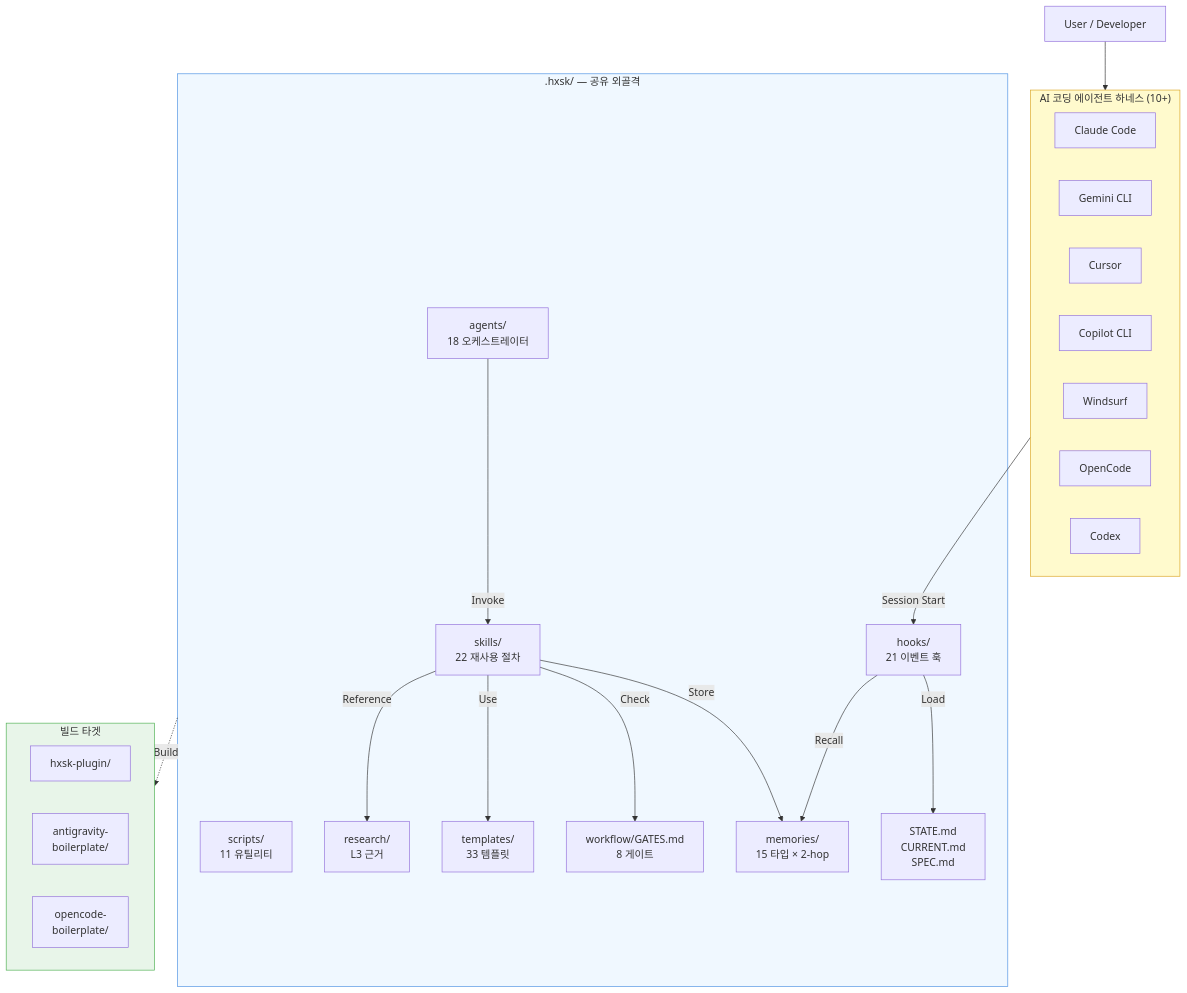
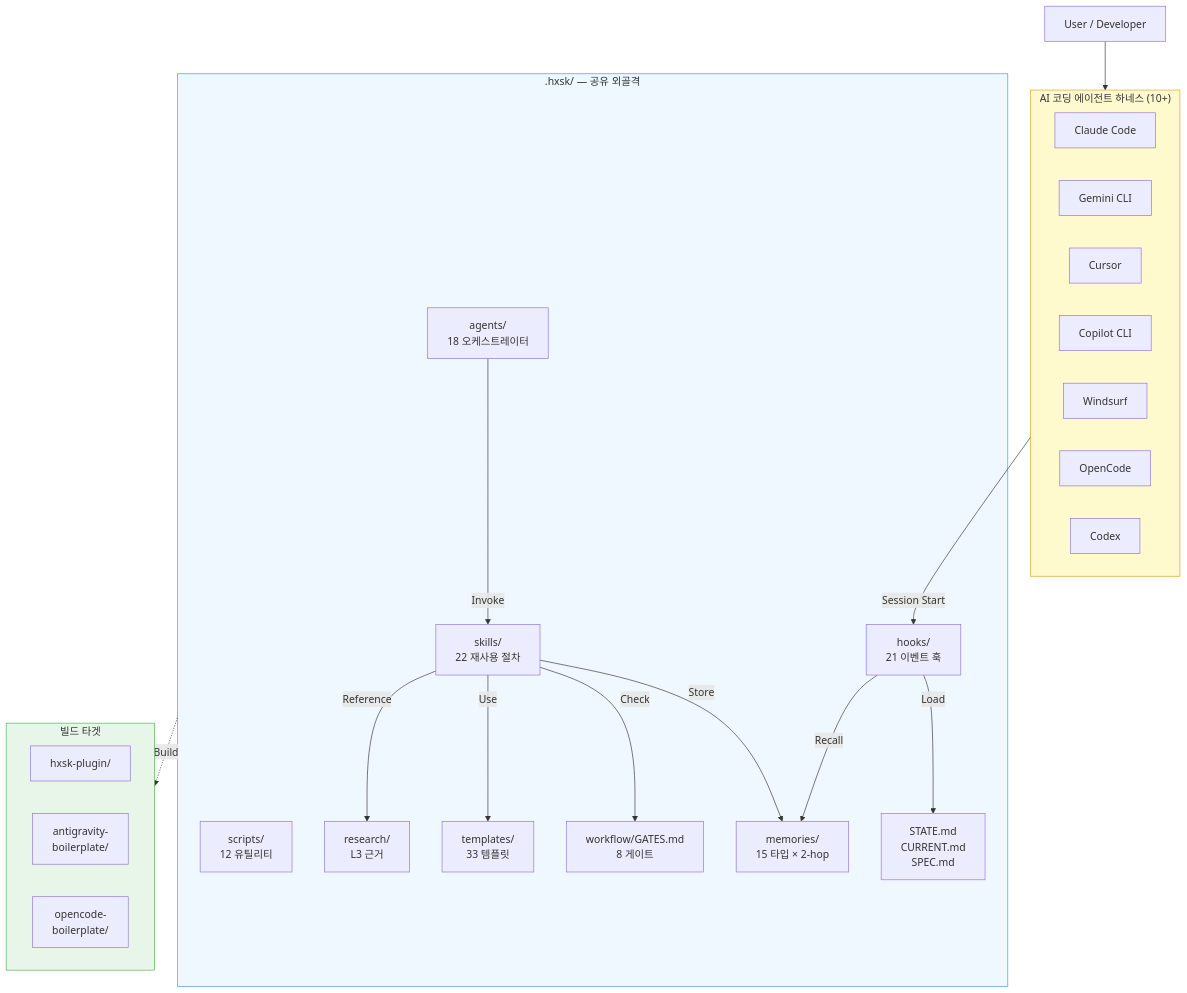
The first of 10 diagrams in docs/system-architecture.md (SukbeomH/HExoskeleton), drawn with Mermaid before and after one commit. The commit also changed other lines of this file and 40 other files, not shown here.

````diff
--- a/docs/system-architecture.md
+++ b/docs/system-architecture.md
@@ -9,48 +9,48 @@
 ```mermaid
 graph TB
     User[User / Developer]
 
     subgraph Harness["AI 코딩 에이전트 하네스 (10+)"]
         CC[Claude Code]
         GC[Gemini CLI]
         CU[Cursor]
         CP[Copilot CLI]
         WS[Windsurf]
         OC[OpenCode]
         CX[Codex]
     end
 
     subgraph HXSK[".hxsk/ — 공유 외골격"]
         Skills[skills/<br/>22 재사용 절차]
         Agents[agents/<br/>18 오케스트레이터]
         Hooks[hooks/<br/>21 이벤트 훅]
-        Scripts[scripts/<br/>11 유틸리티]
+        Scripts[scripts/<br/>12 유틸리티]
         Memory[memories/<br/>15 타입 × 2-hop]
         Workflow[workflow/GATES.md<br/>8 게이트]
         Templates[templates/<br/>33 템플릿]
         State[STATE.md<br/>CURRENT.md<br/>SPEC.md]
         Research[research/<br/>L3 근거]
     end
 
     subgraph Outputs["빌드 타겟"]
         Plugin[hxsk-plugin/]
         Antigrav[antigravity-<br/>boilerplate/]
         OpenCodeOut[opencode-<br/>boilerplate/]
     end
 
     User --> Harness
     Harness -->|Session Start| Hooks
     Hooks -->|Load| State
     Hooks -->|Recall| Memory
     Agents -->|Invoke| Skills
     Skills -->|Store| Memory
     Skills -->|Check| Workflow
     Skills -->|Use| Templates
     Skills -->|Reference| Research
 
     HXSK -.Build.-> Outputs
 
     style HXSK fill:#f0f8ff,stroke:#4a90e2
     style Harness fill:#fffacd,stroke:#daa520
     style Outputs fill:#e8f5e9,stroke:#4caf50
 ```
````
